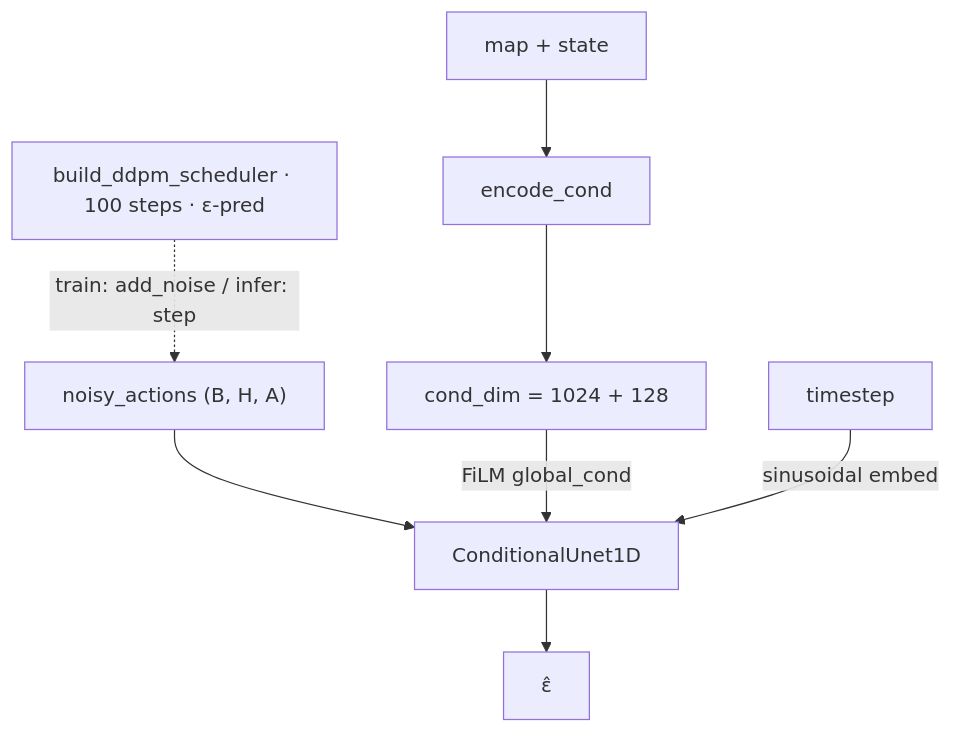
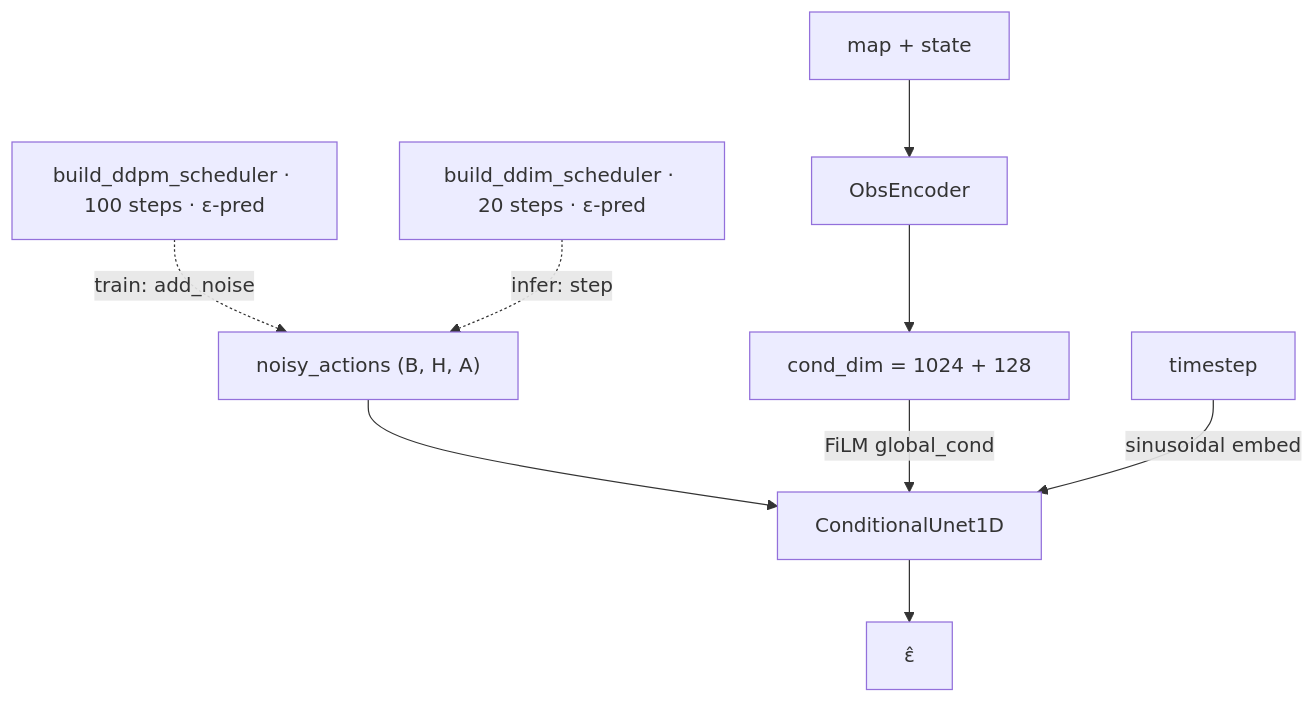
One commit to IBNBlank/maze_playground changed the third of 3 diagrams in bench_policy/utils/policy/dp/ARCHITECTURE.md. Above: the diagram before and after it, drawn with Mermaid. The commit also changed other lines of this file and 14 other files, not shown here.

````diff
--- a/bench_policy/utils/policy/dp/ARCHITECTURE.md
+++ b/bench_policy/utils/policy/dp/ARCHITECTURE.md
@@ -90,10 +97,11 @@
 ```mermaid
 flowchart TB
-  In["map + state"] --> Enc["encode_cond"]
+  In["map + state"] --> Enc["ObsEncoder"]
   Enc --> Cond["cond_dim = 1024 + 128"]
   XA["noisy_actions (B, H, A)"] --> UNet["ConditionalUnet1D"]
   Cond -->|"FiLM global_cond"| UNet
   TS["timestep"] -->|"sinusoidal embed"| UNet
   UNet --> Eps["ε̂"]
-  Sched["build_ddpm_scheduler · 100 steps · ε-pred"] -.->|"train: add_noise / infer: step"| XA
+  TrainSched["build_ddpm_scheduler · 100 steps · ε-pred"] -.->|"train: add_noise"| XA
+  InferSched["build_ddim_scheduler · 20 steps · ε-pred"] -.->|"infer: step"| XA
 ```
````
